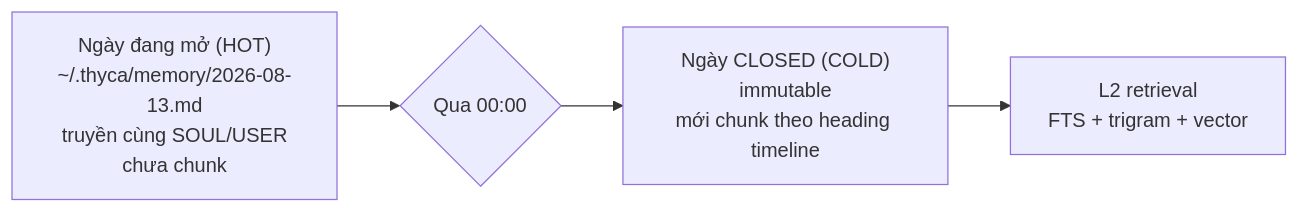
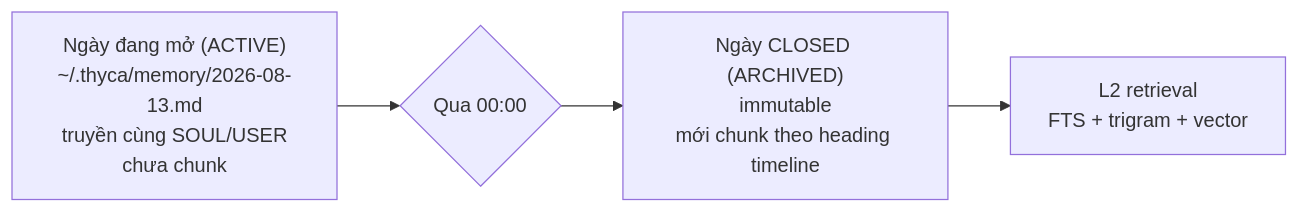
Before and after one commit to Flowerf19/thyca-ai: the second of 4 diagrams in .agents/plans/l2-memory-retrieval.md, drawn with Mermaid. The commit also changed other lines of this file and 21 other files, not shown here.

````diff
--- a/.agents/plans/l2-memory-retrieval.md
+++ b/.agents/plans/l2-memory-retrieval.md
@@ -39,6 +39,6 @@
 ```mermaid
 flowchart LR
-    A["Ngày đang mở (HOT)\n~/.thyca/memory/2026-08-13.md\ntruyền cùng SOUL/USER\nchưa chunk"] --> B{"Qua 00:00"}
-    B --> C["Ngày CLOSED (COLD)\nimmutable\nmới chunk theo heading timeline"]
+    A["Ngày đang mở (ACTIVE)\n~/.thyca/memory/2026-08-13.md\ntruyền cùng SOUL/USER\nchưa chunk"] --> B{"Qua 00:00"}
+    B --> C["Ngày CLOSED (ARCHIVED)\nimmutable\nmới chunk theo heading timeline"]
     C --> D["L2 retrieval\nFTS + trigram + vector"]
 ```
````
